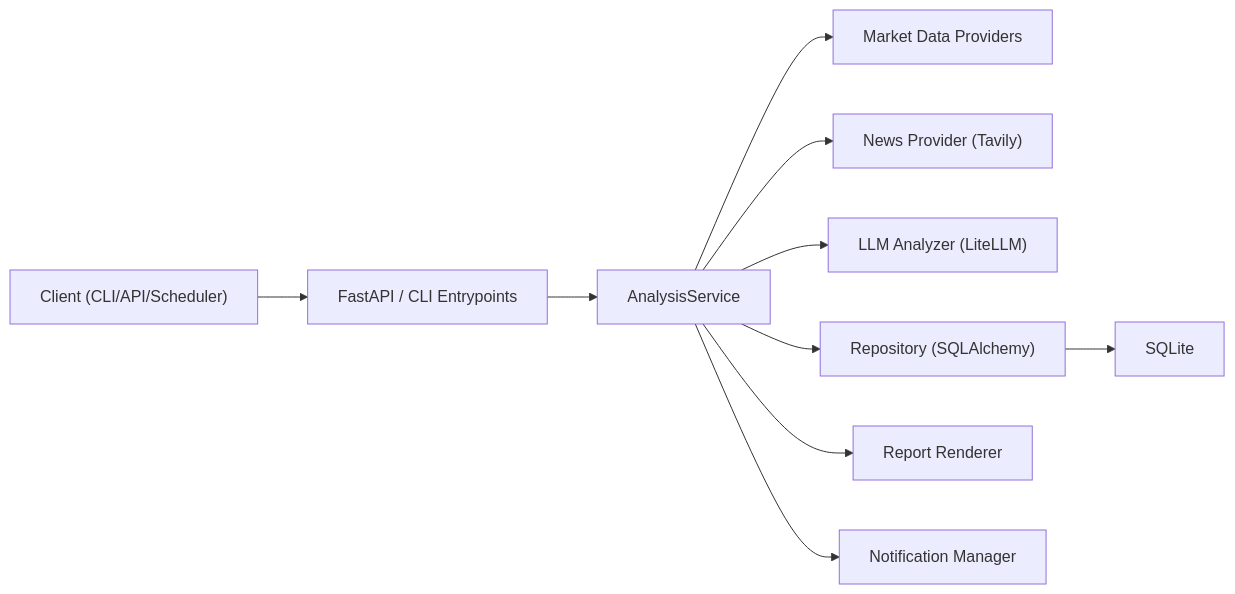
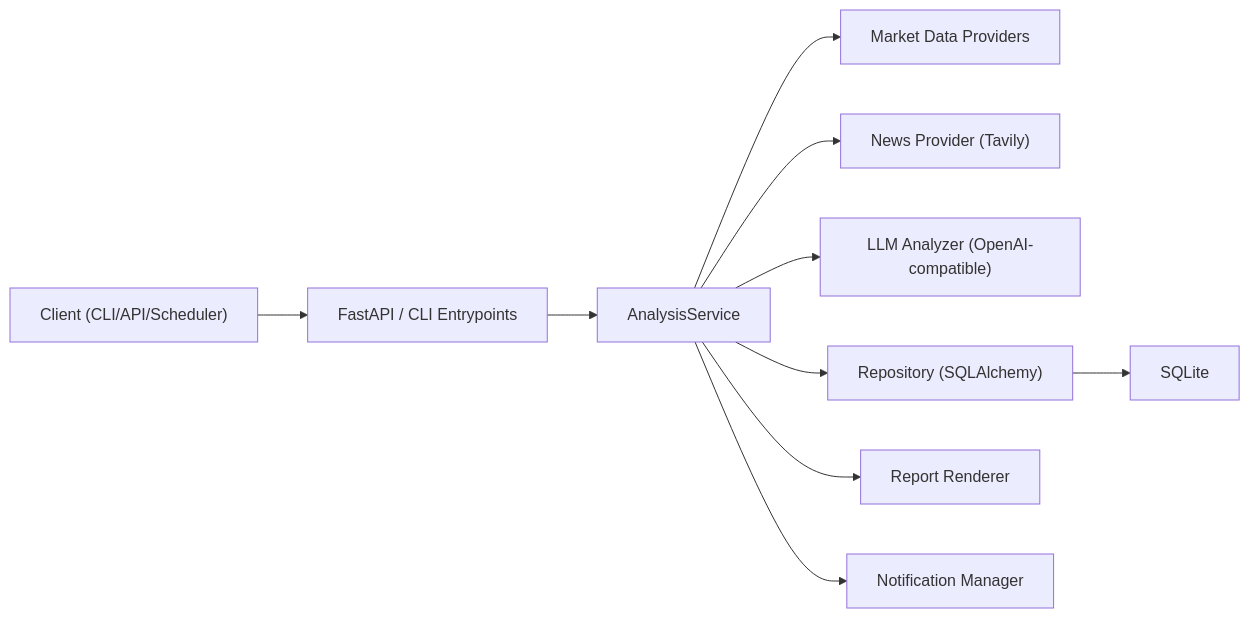
The diagram in README.md (Tendo33/daily_ETF_analysis), drawn with Mermaid before and after one commit. The commit also changed other lines of this file and 13 other files, not shown here.

First line of the commit message:
Refactor LLM configuration to support OpenAI integration

````diff
--- a/README.md
+++ b/README.md
@@ -62,12 +62,12 @@
 ```mermaid
 flowchart LR
     A["Client (CLI/API/Scheduler)"] --> B["FastAPI / CLI Entrypoints"]
     B --> C["AnalysisService"]
     C --> D["Market Data Providers"]
     C --> E["News Provider (Tavily)"]
-    C --> F["LLM Analyzer (LiteLLM)"]
+    C --> F["LLM Analyzer (OpenAI-compatible)"]
     C --> G["Repository (SQLAlchemy)"]
     G --> H["SQLite"]
     C --> I["Report Renderer"]
     C --> J["Notification Manager"]
 ```
````
